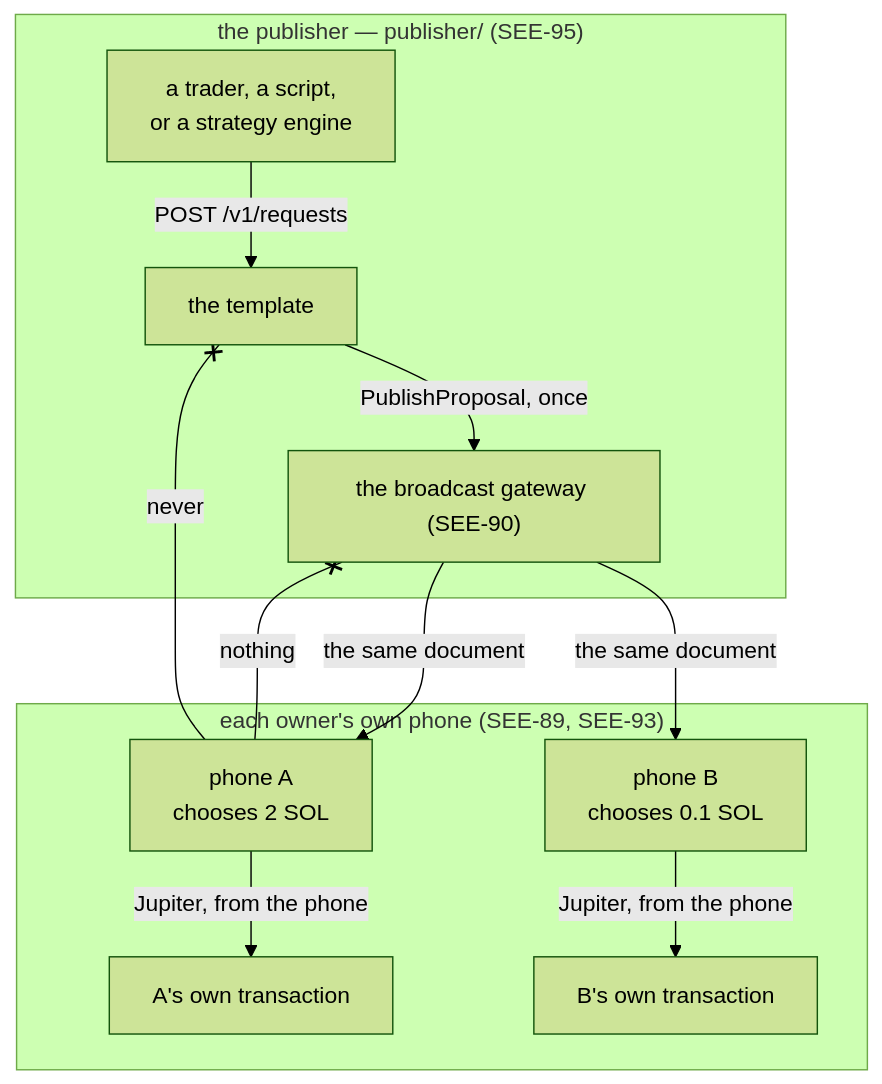
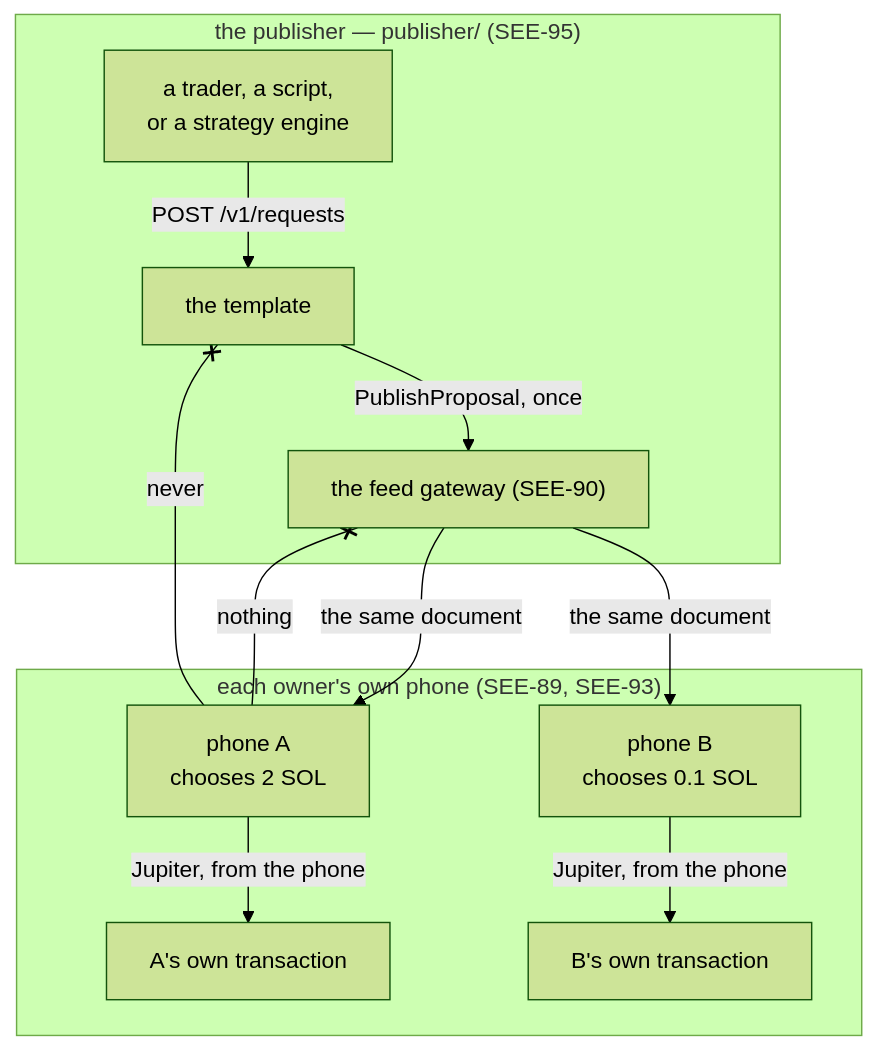
One commit to SeekerAgentConnect/sac changed the diagram in docs/wiki/copytrading-template.md. Above: the diagram before and after it, drawn with Mermaid (forest theme). The commit also changed other lines of this file and 251 other files, not shown here.

Commit message:
feat: isolate public feed gateway

````diff
--- a/docs/wiki/copytrading-template.md
+++ b/docs/wiki/copytrading-template.md
@@ -42,16 +42,16 @@
 ```mermaid
 flowchart TB
     subgraph publisher["the publisher — publisher/ (SEE-95)"]
         Strategy["a trader, a script,<br>or a strategy engine"] -- "POST /v1/requests" --> Template["the template"]
         Template -- "PublishProposal, once" --> Gateway
     end
-    Gateway["the broadcast gateway (SEE-90)"]
+    Gateway["the feed gateway (SEE-90)"]
     subgraph phones["each owner's own phone (SEE-89, SEE-93)"]
         Gateway -- "the same document" --> A["phone A<br>chooses 2 SOL"]
         Gateway -- "the same document" --> B["phone B<br>chooses 0.1 SOL"]
         A -- "Jupiter, from the phone" --> ChainA["A's own transaction"]
         B -- "Jupiter, from the phone" --> ChainB["B's own transaction"]
     end
     A -- "nothing" --x Gateway
     A -- "never" --x Template
 ```
````
